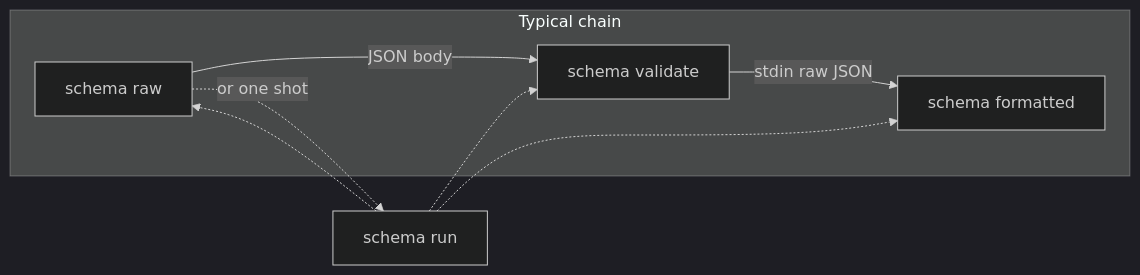
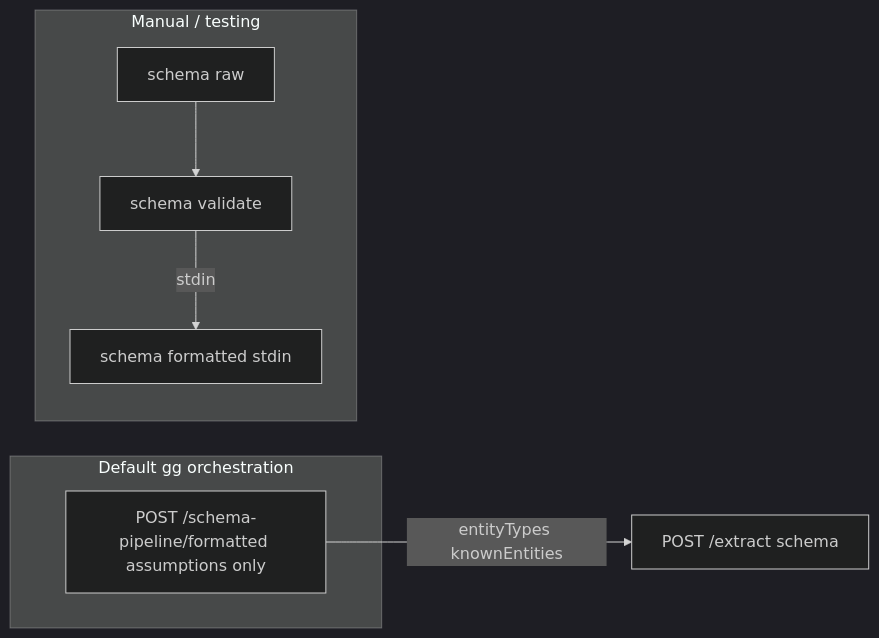
Before and after one commit to Studio13-NYC/GrooveGraph: the fourth of 8 diagrams in docs/WORKFLOWS.md, drawn with Mermaid (dark theme). The commit also changed other lines of this file and 7 other files, not shown here.

First line of the commit message:
refactor: resolve extract schema via formatted-only (no raw chain)

````diff
--- a/docs/WORKFLOWS.md
+++ b/docs/WORKFLOWS.md
@@ -79,14 +79,14 @@
 ```mermaid
 flowchart LR
-  subgraph chain [Typical chain]
+  subgraph prod [Default gg orchestration]
+    F[POST /schema-pipeline/formatted assumptions only]
+  end
+  subgraph manual [Manual / testing]
     R[schema raw]
     V[schema validate]
-    F[schema formatted]
+    FF[schema formatted stdin]
   end
-  R -->|JSON body|V
-  V -->|stdin raw JSON|F
-  R -.->|or one shot|RUN[schema run]
-  RUN -.-> R
-  RUN -.-> V
-  RUN -.-> F
+  F -->|entityTypes knownEntities|EX[POST /extract schema]
+  R --> V
+  V -->|stdin|FF
 ```
````
